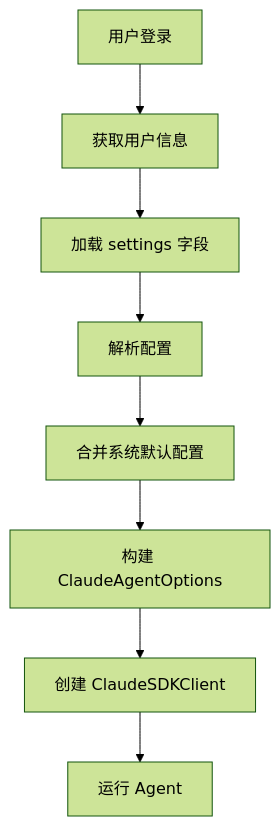
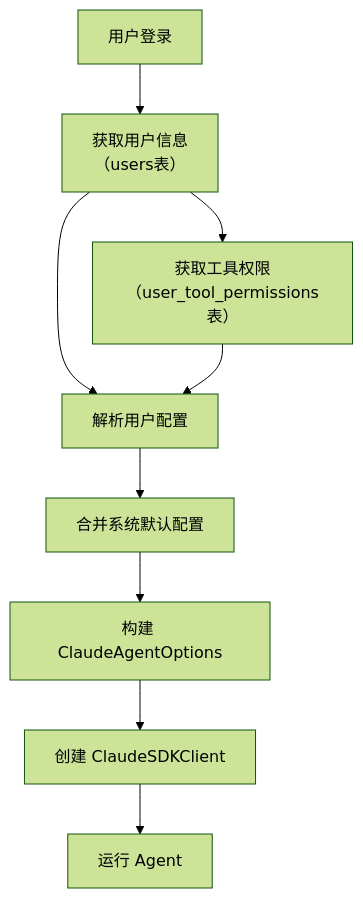
One commit to xiaocaipi/mm-doc changed the sixth of 9 diagrams in agent/agent_project_design.md. Above: the diagram before and after it, drawn with Mermaid (forest theme). The commit also changed other lines of this file, not shown here.

````diff
--- a/agent/agent_project_design.md
+++ b/agent/agent_project_design.md
@@ -753,13 +746,15 @@
 ```mermaid
 flowchart TD
-    LOGIN["用户登录"] --> GET_USER["获取用户信息"]
-    GET_USER --> LOAD_SETTINGS["加载 settings 字段"]
+    LOGIN["用户登录"] --> GET_USER["获取用户信息<br/>（users表）"]
+    GET_USER --> GET_TOOLS["获取工具权限<br/>（user_tool_permissions表）"]
     
-    LOAD_SETTINGS --> PARSE["解析配置"]
+    GET_USER --> PARSE["解析用户配置"]
+    GET_TOOLS --> PARSE
+    
     PARSE --> MERGE["合并系统默认配置"]
     
     MERGE --> BUILD_OPTIONS["构建 ClaudeAgentOptions"]
     BUILD_OPTIONS --> CREATE_AGENT["创建 ClaudeSDKClient"]
     
     CREATE_AGENT --> RUN["运行 Agent"]
 ```
````
